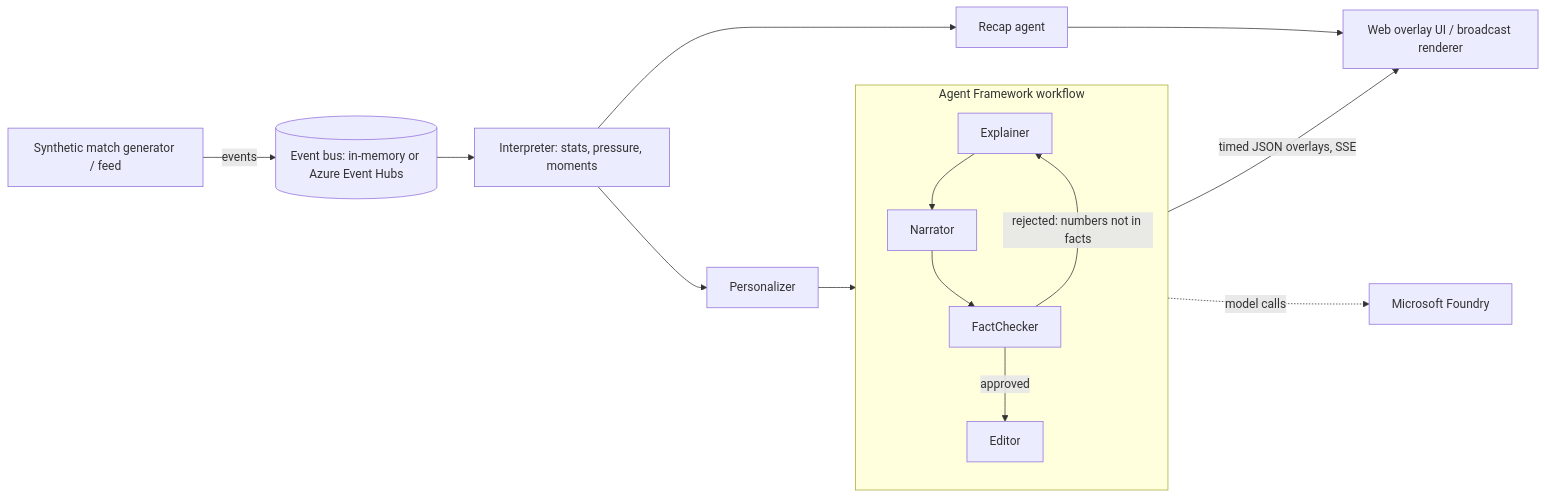
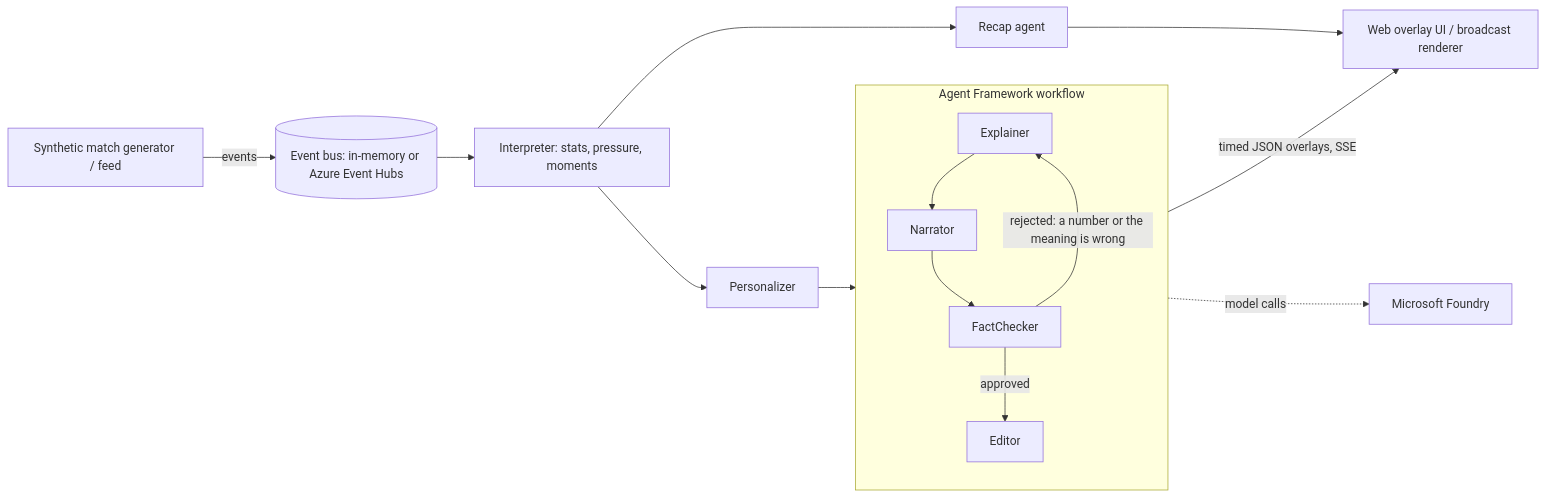
One commit to izzatonline/inside-the-game-ai changed the diagram in README.md. Above: the diagram before and after it, drawn with Mermaid. The commit also changed other lines of this file and 2 other files, not shown here.

````diff
--- a/README.md
+++ b/README.md
@@ -38,15 +60,15 @@
 ```mermaid
 flowchart LR
   G[Synthetic match generator / feed] -->|events| B[(Event bus: in-memory or Azure Event Hubs)]
   B --> I[Interpreter: stats, pressure, moments]
   I --> P[Personalizer]
   P --> W
   subgraph W[Agent Framework workflow]
     E[Explainer] --> N[Narrator] --> F[FactChecker]
-    F -->|rejected: numbers not in facts| E
+    F -->|rejected: a number or the meaning is wrong| E
     F -->|approved| D[Editor]
   end
   W -->|timed JSON overlays, SSE| U[Web overlay UI / broadcast renderer]
   W -.->|model calls| M[Microsoft Foundry]
   I --> R[Recap agent] --> U
 ```
````
